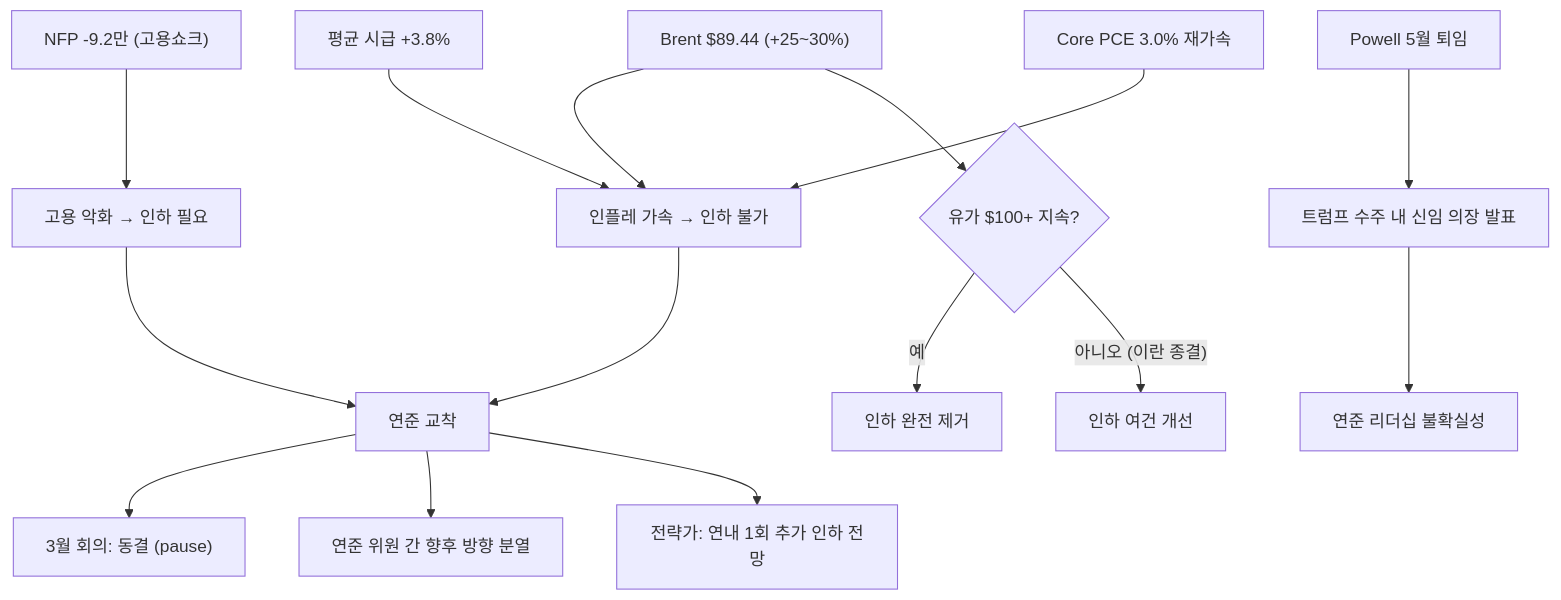
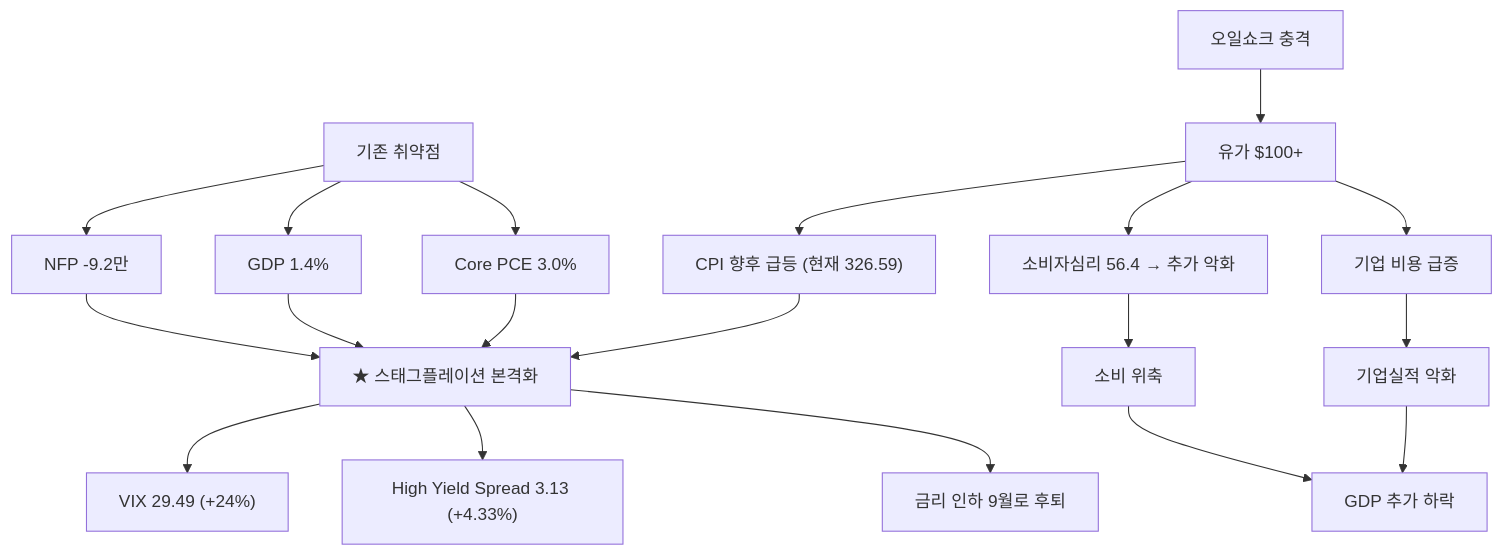
The seventh of 8 diagrams in _posts/knowledge/invest/2026-01-21-macroeconomic-policy-sector-outlook-2026.md (dss99911/dss99911.github.io), drawn with Mermaid before and after one commit. The commit also changed other lines of this file and 4 other files, not shown here.

````diff
--- a/_posts/knowledge/invest/2026-01-21-macroeconomic-policy-sector-outlook-2026.md
+++ b/_posts/knowledge/invest/2026-01-21-macroeconomic-policy-sector-outlook-2026.md
@@ -427,17 +400,21 @@
 ```mermaid
 graph TD
-    A["NFP -9.2만 (고용쇼크)"] --> B["고용 악화 → 인하 필요"]
-    C["Brent $89.44 (+25~30%)"] --> D["인플레 가속 → 인하 불가"]
-    E["평균 시급 +3.8%"] --> D
-    F["Core PCE 3.0% 재가속"] --> D
-    B --> G["연준 교착"]
-    D --> G
-    G --> H["3월 회의: 동결 (pause)"]
-    G --> I["연준 위원 간 향후 방향 분열"]
-    G --> J["전략가: 연내 1회 추가 인하 전망"]
-    K["Powell 5월 퇴임"] --> L["트럼프 수주 내 신임 의장 발표"]
-    L --> M["연준 리더십 불확실성"]
-    C --> N{"유가 $100+ 지속?"}
-    N -->|"예"| O["인하 완전 제거"]
-    N -->|"아니오 (이란 종결)"| P["인하 여건 개선"]
+    A["기존 취약점"] --> B["NFP -9.2만"]
+    A --> C["GDP 1.4%"]
+    A --> D["Core PCE 3.0%"]
+    E["오일쇼크 충격"] --> F["유가 $100+"]
+    F --> G["CPI 향후 급등 (현재 326.59)"]
+    F --> H["소비자심리 56.4 → 추가 악화"]
+    F --> I["기업 비용 급증"]
+    B --> J["★ 스태그플레이션 본격화"]
+    C --> J
+    D --> J
+    G --> J
+    H --> K["소비 위축"]
+    I --> L["기업실적 악화"]
+    K --> M["GDP 추가 하락"]
+    L --> M
+    J --> N["VIX 29.49 (+24%)"]
+    J --> O["High Yield Spread 3.13 (+4.33%)"]
+    J --> P["금리 인하 9월로 후퇴"]
 ```
````
